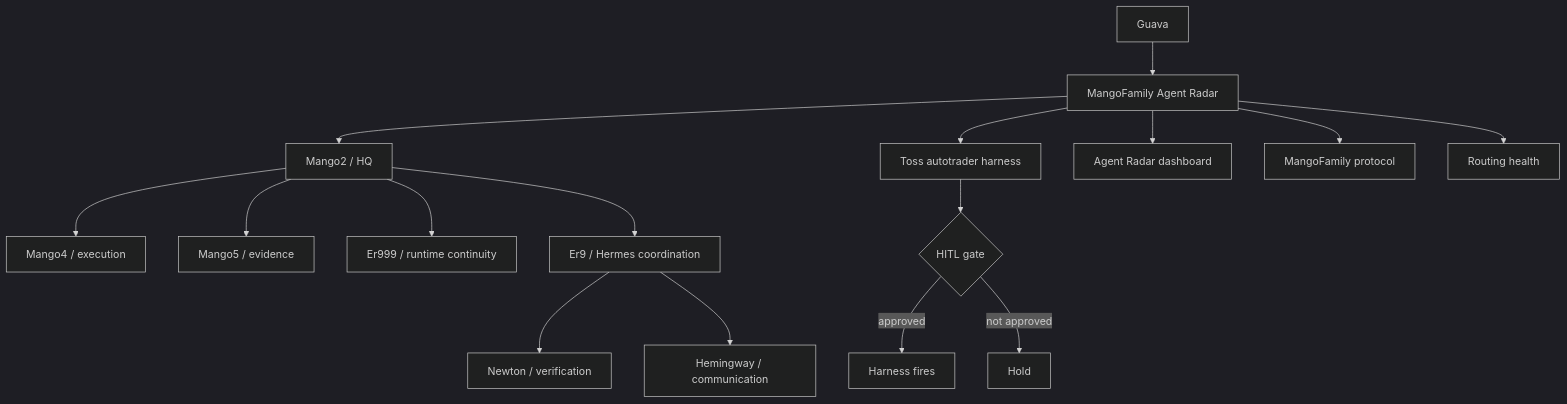
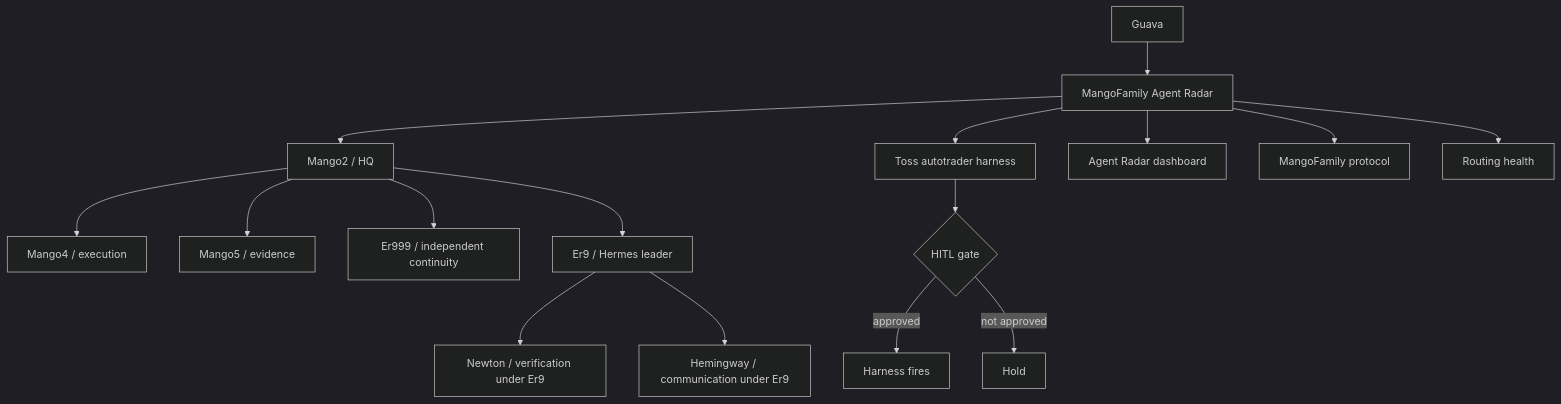
Before and after one commit to SuperGuava/agent-radar-dashboard: the diagram in README.md, drawn with Mermaid (dark theme). The commit also changed other lines of this file and 3 other files, not shown here.

````diff
--- a/README.md
+++ b/README.md
@@ -15,20 +15,20 @@
 ```mermaid
 flowchart TD
   Guava[Guava] --> Radar[MangoFamily Agent Radar]
   Radar --> HQ[Mango2 / HQ]
   HQ --> M4[Mango4 / execution]
   HQ --> M5[Mango5 / evidence]
-  HQ --> E999[Er999 / runtime continuity]
-  HQ --> E9[Er9 / Hermes coordination]
-  E9 --> Newton[Newton / verification]
-  E9 --> Hemingway[Hemingway / communication]
+  HQ --> E999[Er999 / independent continuity]
+  HQ --> E9[Er9 / Hermes leader]
+  E9 --> Newton[Newton / verification under Er9]
+  E9 --> Hemingway[Hemingway / communication under Er9]
 
   Radar --> W1[Toss autotrader harness]
   Radar --> W2[Agent Radar dashboard]
   Radar --> W3[MangoFamily protocol]
   Radar --> W4[Routing health]
 
   W1 --> G1{HITL gate}
   G1 -->|approved| Fire[Harness fires]
   G1 -->|not approved| Hold[Hold]
 ```
````
